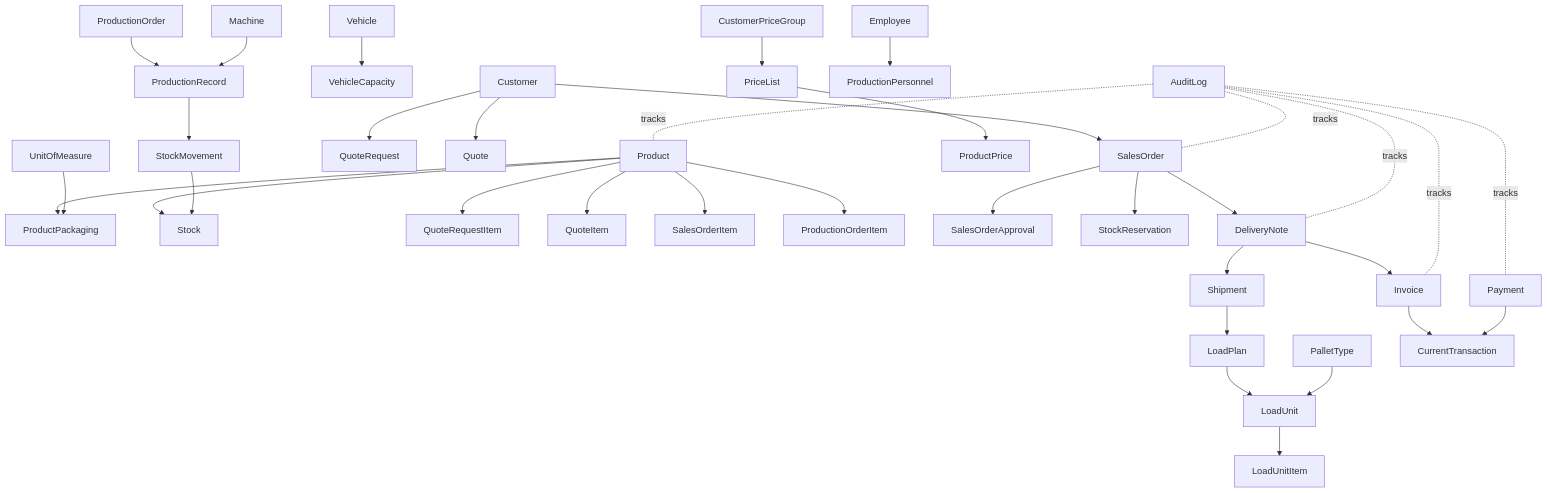
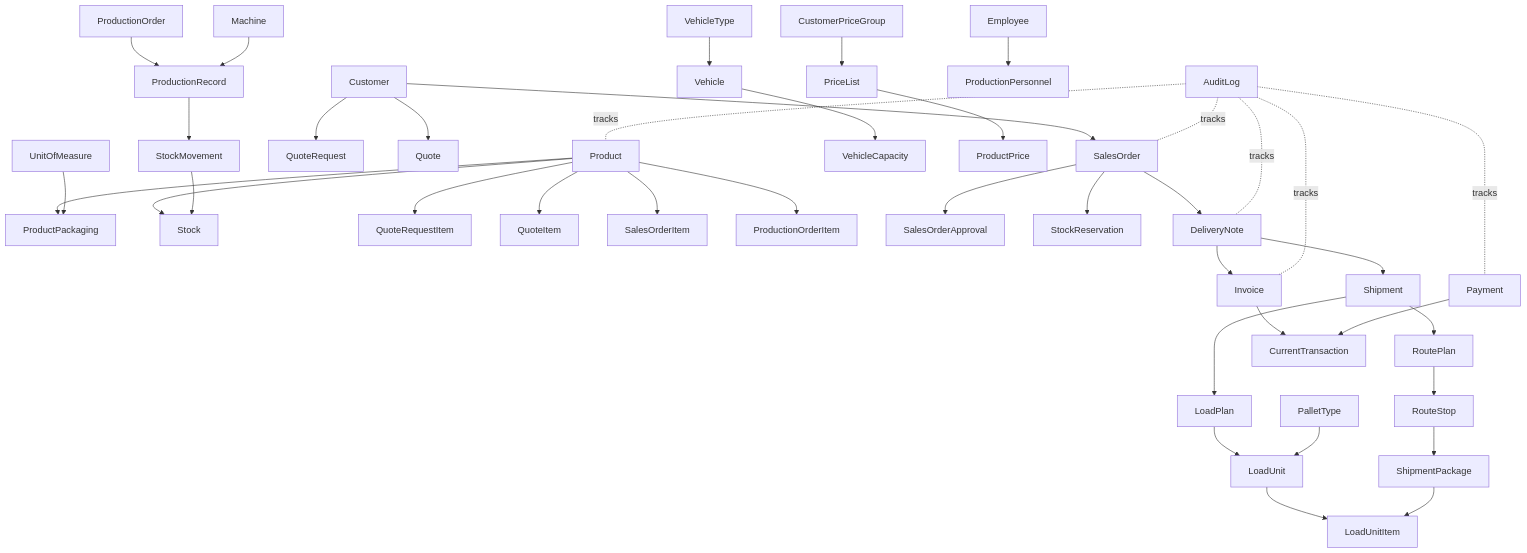
Before and after one commit to Huseyincansagir/OKM-Pro-Plus: the diagram in design/domain-model.md, drawn with Mermaid. The commit also changed other lines of this file and 17 other files, not shown here.

Commit message:
design: add vehicle route and package delivery tracking

````diff
--- a/design/domain-model.md
+++ b/design/domain-model.md
@@ -49,37 +49,42 @@
 ```mermaid
 flowchart TD
   Product --> ProductPackaging
   UnitOfMeasure --> ProductPackaging
   Product --> Stock
   Product --> QuoteRequestItem
   Product --> QuoteItem
   Product --> SalesOrderItem
   Product --> ProductionOrderItem
   Customer --> QuoteRequest
   Customer --> Quote
   Customer --> SalesOrder
   SalesOrder --> SalesOrderApproval
   SalesOrder --> StockReservation
   SalesOrder --> DeliveryNote
   DeliveryNote --> Shipment
   Shipment --> LoadPlan
   LoadPlan --> LoadUnit
   LoadUnit --> LoadUnitItem
+  VehicleType --> Vehicle
   Vehicle --> VehicleCapacity
+  Shipment --> RoutePlan
+  RoutePlan --> RouteStop
+  RouteStop --> ShipmentPackage
+  ShipmentPackage --> LoadUnitItem
   PalletType --> LoadUnit
   DeliveryNote --> Invoice
   Invoice --> CurrentTransaction
   PriceList --> ProductPrice
   CustomerPriceGroup --> PriceList
   Payment --> CurrentTransaction
   ProductionOrder --> ProductionRecord
   Machine --> ProductionRecord
   Employee --> ProductionPersonnel
   ProductionRecord --> StockMovement
   StockMovement --> Stock
   AuditLog -.tracks.- Product
   AuditLog -.tracks.- SalesOrder
   AuditLog -.tracks.- DeliveryNote
   AuditLog -.tracks.- Invoice
   AuditLog -.tracks.- Payment
 ```
````
